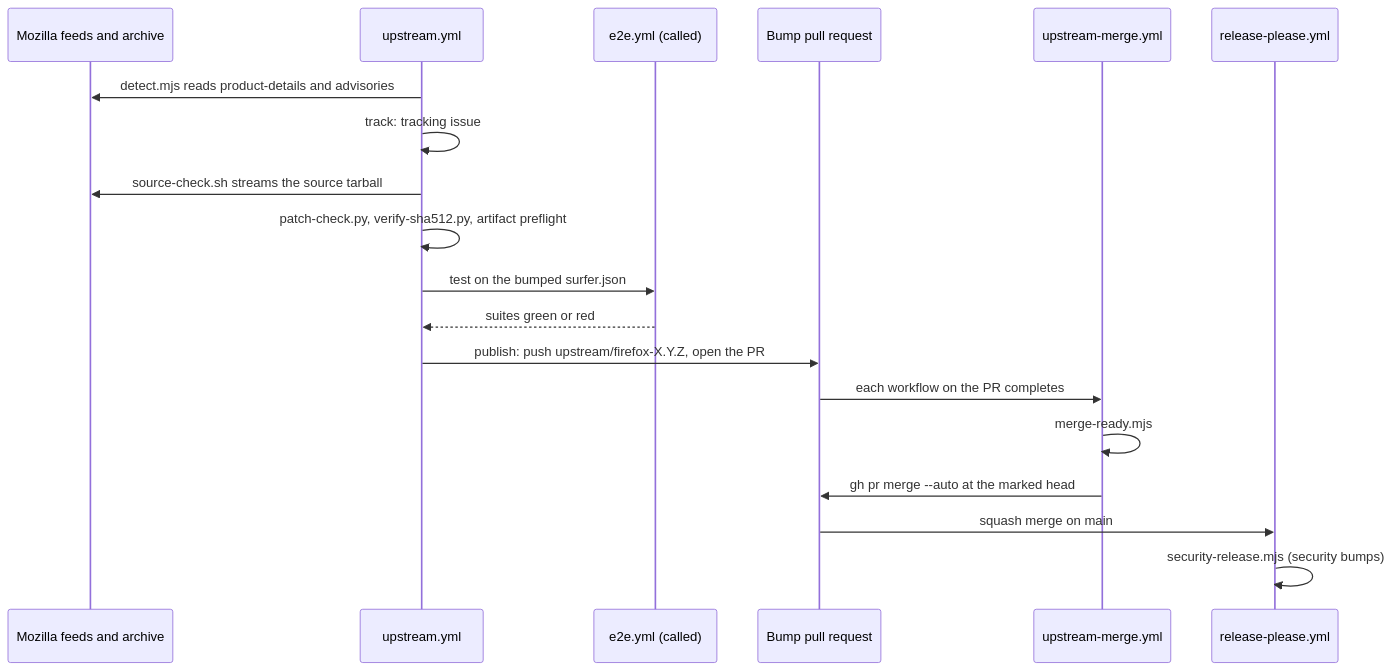
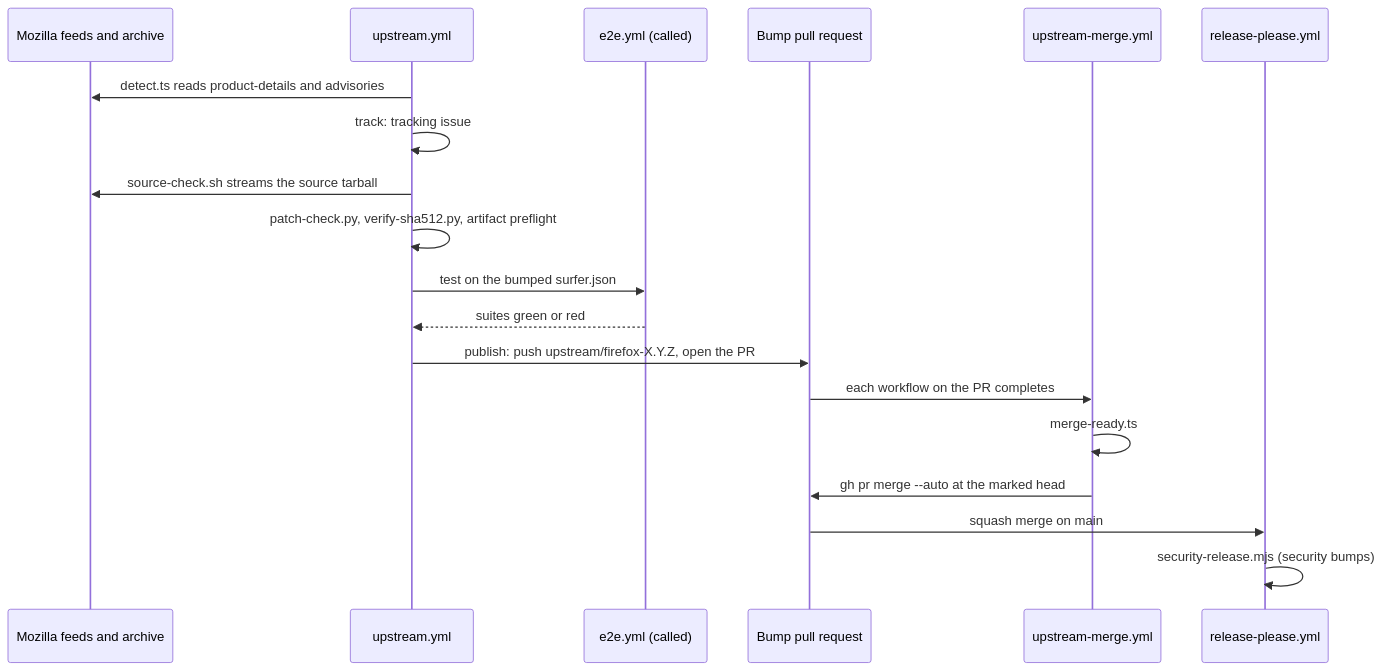
Before and after one commit to vimma-browser/vimma: the diagram in docs/architecture/upstream-autopilot.md, drawn with Mermaid. The commit also changed other lines of this file and 49 other files, not shown here.

````diff
--- a/docs/architecture/upstream-autopilot.md
+++ b/docs/architecture/upstream-autopilot.md
@@ -17,21 +17,21 @@
 ```mermaid
 sequenceDiagram
   participant Moz as Mozilla feeds and archive
   participant U as upstream.yml
   participant E as e2e.yml (called)
   participant PR as Bump pull request
   participant M as upstream-merge.yml
   participant RP as release-please.yml
-  U->>Moz: detect.mjs reads product-details and advisories
+  U->>Moz: detect.ts reads product-details and advisories
   U->>U: track: tracking issue
   U->>Moz: source-check.sh streams the source tarball
   U->>U: patch-check.py, verify-sha512.py, artifact preflight
   U->>E: test on the bumped surfer.json
   E-->>U: suites green or red
   U->>PR: publish: push upstream/firefox-X.Y.Z, open the PR
   PR->>M: each workflow on the PR completes
-  M->>M: merge-ready.mjs
+  M->>M: merge-ready.ts
   M->>PR: gh pr merge --auto at the marked head
   PR->>RP: squash merge on main
   RP->>RP: security-release.mjs (security bumps)
 ```
````
